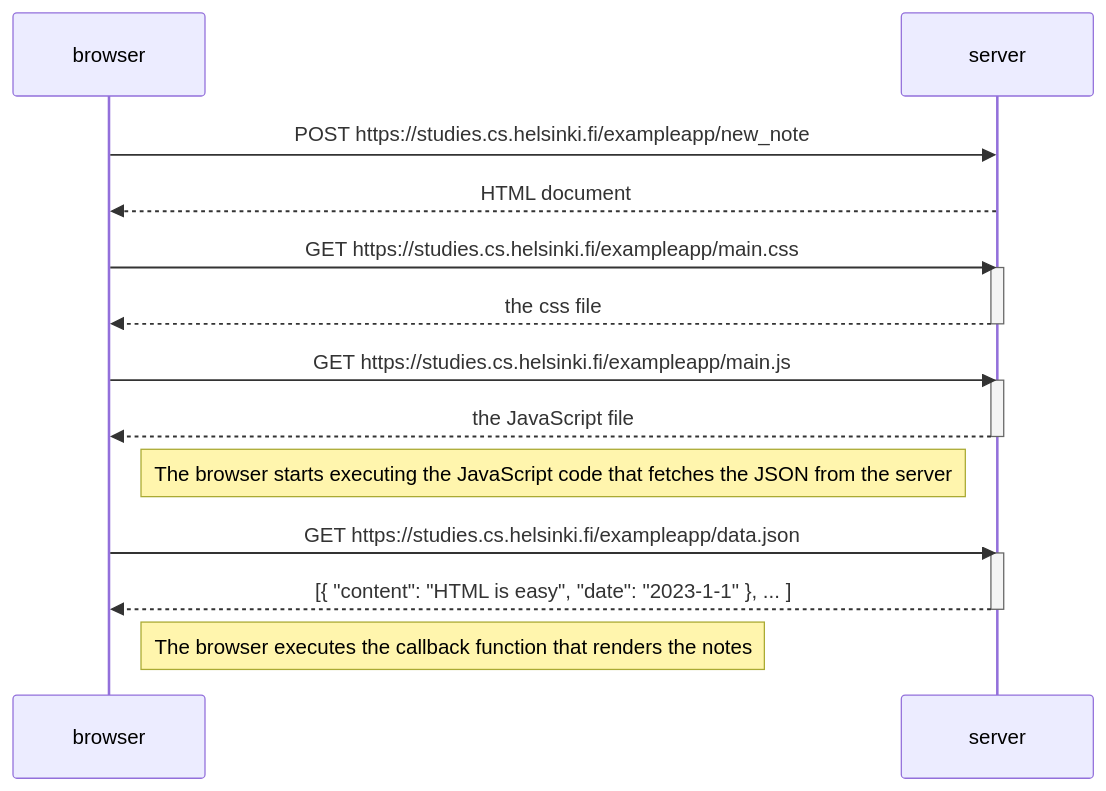
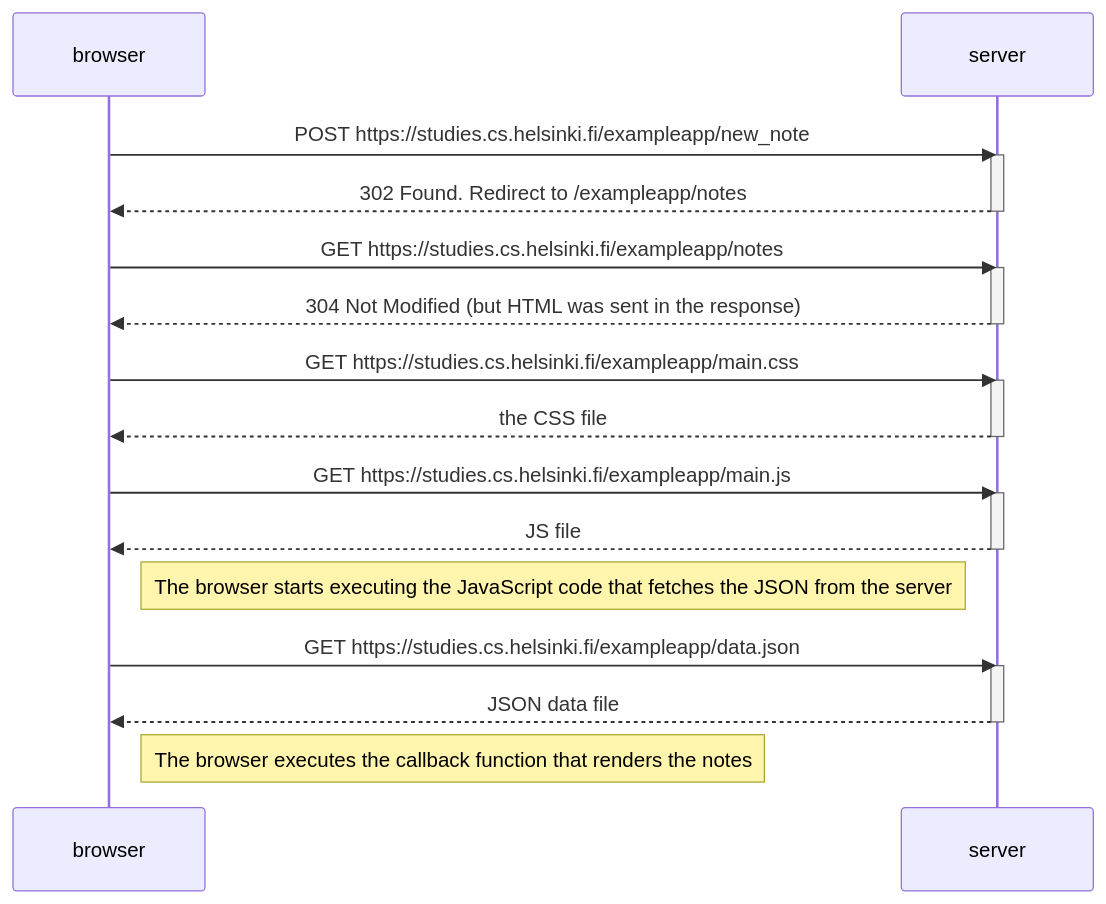
The diagram in 0.4: New Note Diagram.md (mattdimicelli/fso2025_part0), drawn with Mermaid before and after one commit.

Commit message:
Update 0.4: New Note Diagram.md
finish

````diff
--- a/0.4: New Note Diagram.md
+++ b/0.4: New Note Diagram.md
@@ -1,27 +1,33 @@
 ```mermaid
 sequenceDiagram
     participant browser
     participant server
 
     browser->>server: POST https://studies.cs.helsinki.fi/exampleapp/new_note
-    server-->>browser: HTML document
+    activate server
+    server-->>browser: 302 Found.  Redirect to /exampleapp/notes
+    deactivate server
+
+    browser->>server: GET https://studies.cs.helsinki.fi/exampleapp/notes
+    activate server
+    server-->>browser: 304 Not Modified (but HTML was sent in the response)
+    deactivate server
 
     browser->>server: GET https://studies.cs.helsinki.fi/exampleapp/main.css
     activate server
-    server-->>browser: the css file
+    server-->>browser: the CSS file
     deactivate server
 
     browser->>server: GET https://studies.cs.helsinki.fi/exampleapp/main.js
     activate server
-    server-->>browser: the JavaScript file
+    server-->>browser: JS file
     deactivate server
-
     Note right of browser: The browser starts executing the JavaScript code that fetches the JSON from the server
 
     browser->>server: GET https://studies.cs.helsinki.fi/exampleapp/data.json
     activate server
-    server-->>browser: [{ "content": "HTML is easy", "date": "2023-1-1" }, ... ]
+    server-->>browser: JSON data file
     deactivate server
 
     Note right of browser: The browser executes the callback function that renders the notes
 ```
````
